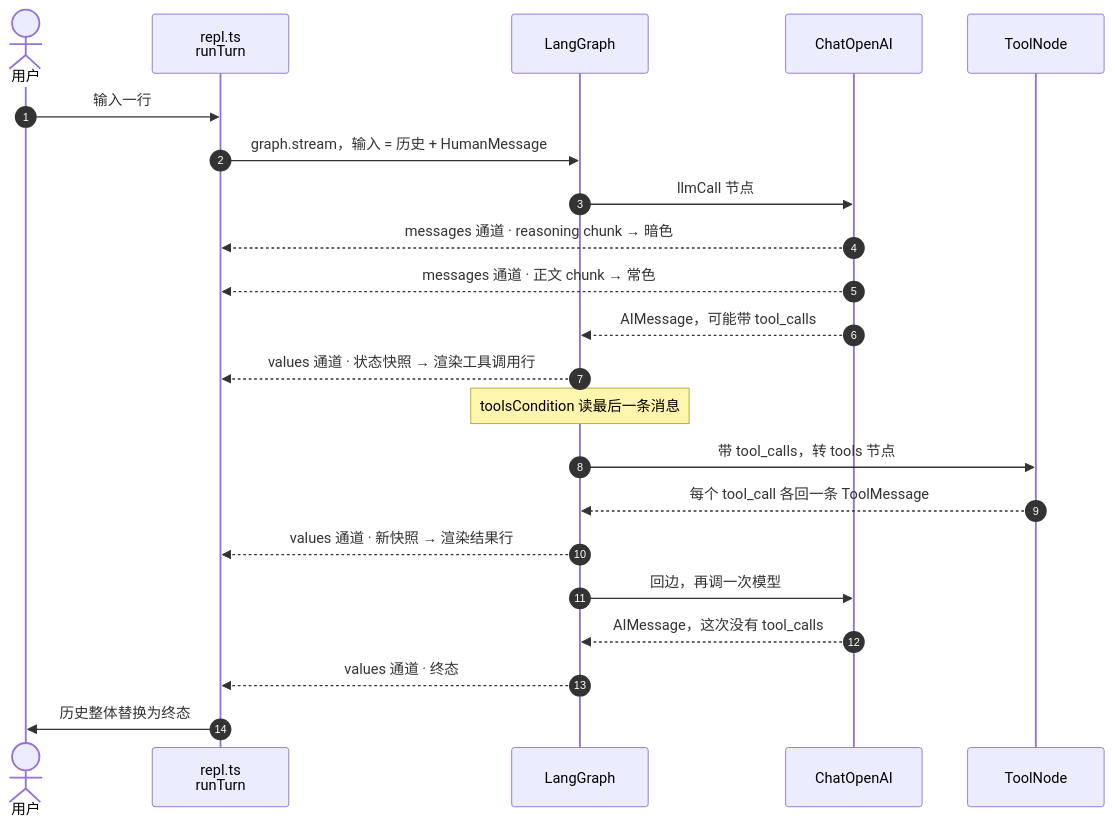
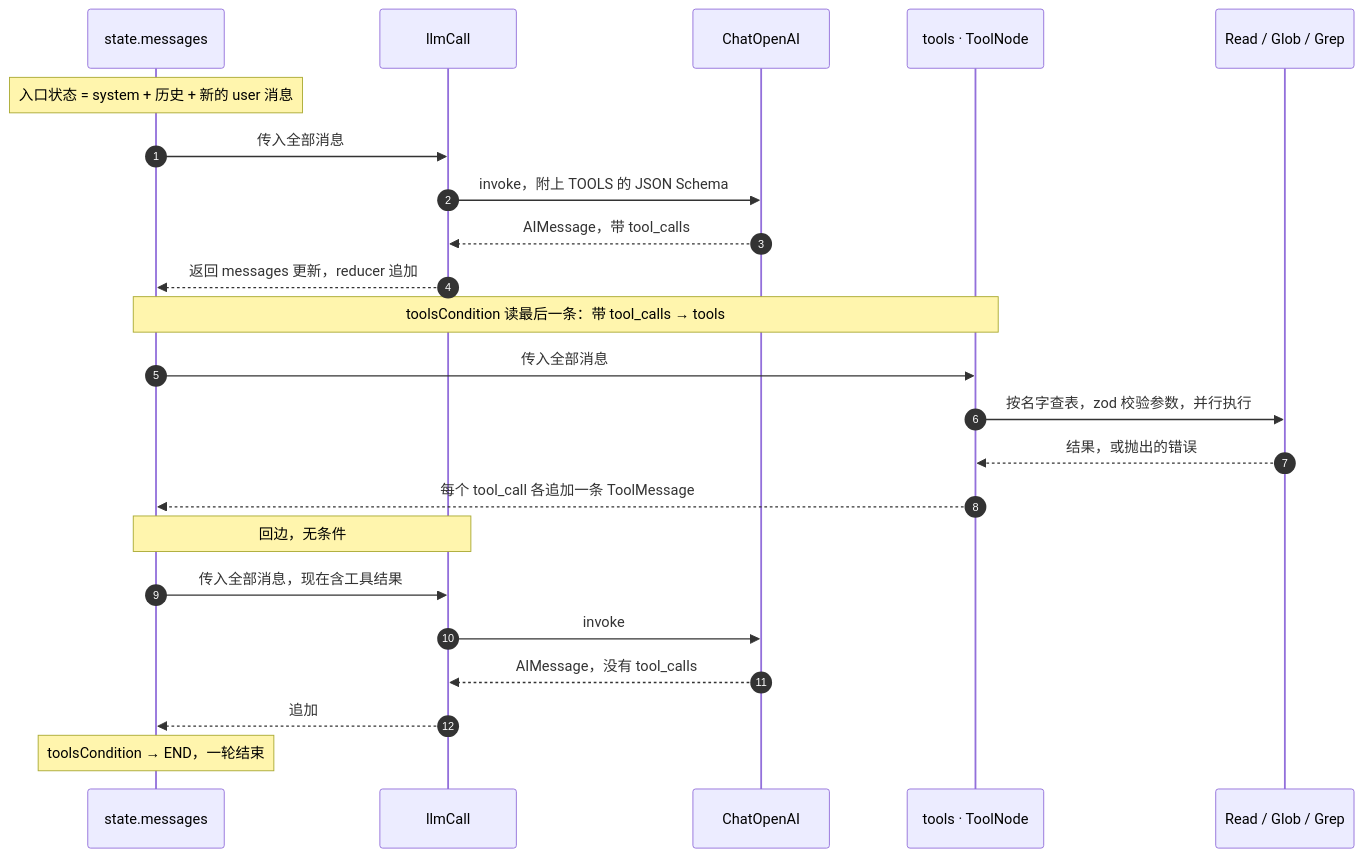
The second of 2 diagrams in README.md (johnny-ggao/mimicc-ai), drawn with Mermaid before and after one commit. The commit also changed other lines of this file, not shown here.

Commit message:
Keep the console out of the core-loop diagrams
The sequence diagram had the user and repl.ts as participants, which put the
debugging shell inside a picture of the agent. Redrawn with state.messages at
the centre: every node reads the whole state and returns an update, and the
reducer merges. That is the mechanism the diagram is supposed to show.

The three notes changed with it. Two of them were rendering details dressed up
as loop properties; they moved to the console section, labelled as
implementation detail. What replaces them are properties of the graph:

- nodes return updates rather than new state, so a node's return value does not
  tell you how the state changes — the schema does
- state commits at node boundaries, which is what makes a crash resumable and
  what loses a reply interrupted mid-stream
- every tool_call gets answered, so the state never holds a dangling call

````diff
--- a/README.md
+++ b/README.md
@@ -202,25 +206,26 @@
 ```mermaid
 sequenceDiagram
     autonumber
-    actor U as 用户
-    participant R as repl.ts<br/>runTurn
-    participant G as LangGraph
+    participant S as state.messages
+    participant L as llmCall
     participant M as ChatOpenAI
-    participant T as ToolNode
+    participant T as tools · ToolNode
+    participant F as Read / Glob / Grep
 
-    U->>R: 输入一行
-    R->>G: graph.stream，输入 = 历史 + HumanMessage
-    G->>M: llmCall 节点
-    M-->>R: messages 通道 · reasoning chunk → 暗色
-    M-->>R: messages 通道 · 正文 chunk → 常色
-    M-->>G: AIMessage，可能带 tool_calls
-    G-->>R: values 通道 · 状态快照 → 渲染工具调用行
-    Note over G: toolsCondition 读最后一条消息
-    G->>T: 带 tool_calls，转 tools 节点
-    T-->>G: 每个 tool_call 各回一条 ToolMessage
-    G-->>R: values 通道 · 新快照 → 渲染结果行
-    G->>M: 回边，再调一次模型
-    M-->>G: AIMessage，这次没有 tool_calls
-    G-->>R: values 通道 · 终态
-    R->>U: 历史整体替换为终态
+    Note over S: 入口状态 = system + 历史 + 新的 user 消息
+    S->>L: 传入全部消息
+    L->>M: invoke，附上 TOOLS 的 JSON Schema
+    M-->>L: AIMessage，带 tool_calls
+    L-->>S: 返回 messages 更新，reducer 追加
+    Note over S,T: toolsCondition 读最后一条：带 tool_calls → tools
+    S->>T: 传入全部消息
+    T->>F: 按名字查表，zod 校验参数，并行执行
+    F-->>T: 结果，或抛出的错误
+    T-->>S: 每个 tool_call 各追加一条 ToolMessage
+    Note over S,L: 回边，无条件
+    S->>L: 传入全部消息，现在含工具结果
+    L->>M: invoke
+    M-->>L: AIMessage，没有 tool_calls
+    L-->>S: 追加
+    Note over S: toolsCondition → END，一轮结束
 ```
````
